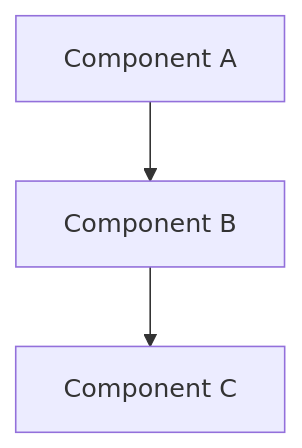
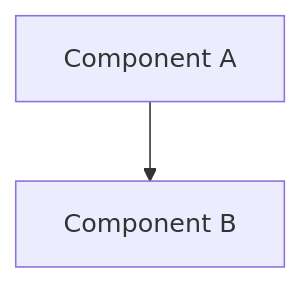
Before and after one commit to cuozg/oh-my-skills: the first of 2 diagrams in skills/unity/unity-refactor/assets/templates/REFACTORING_PLAN.md, drawn with Mermaid. The commit also changed other lines of this file and 144 other files, not shown here.

````diff
--- a/skills/unity/unity-refactor/assets/templates/REFACTORING_PLAN.md
+++ b/skills/unity/unity-refactor/assets/templates/REFACTORING_PLAN.md
@@ -47,5 +27,4 @@
 ```mermaid
 graph TD
     A[Component A] --> B[Component B]
-    B --> C[Component C]
 ```
````
